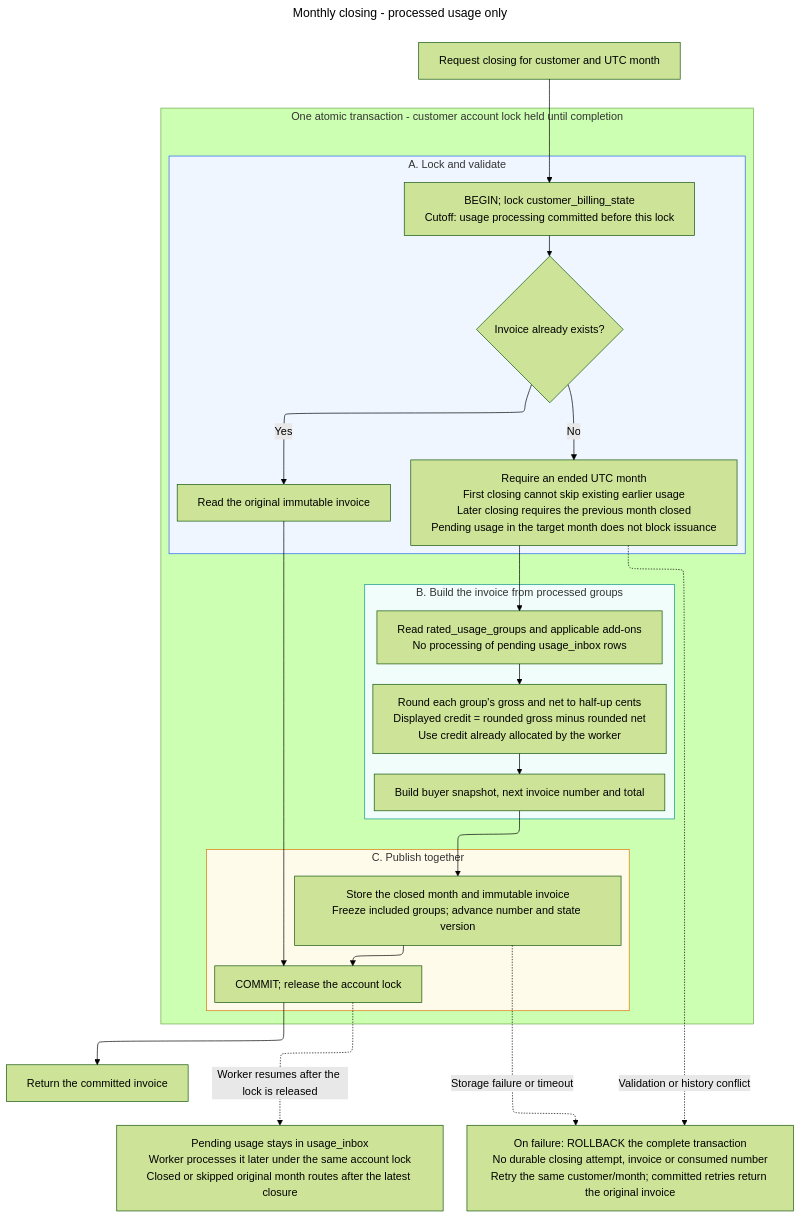
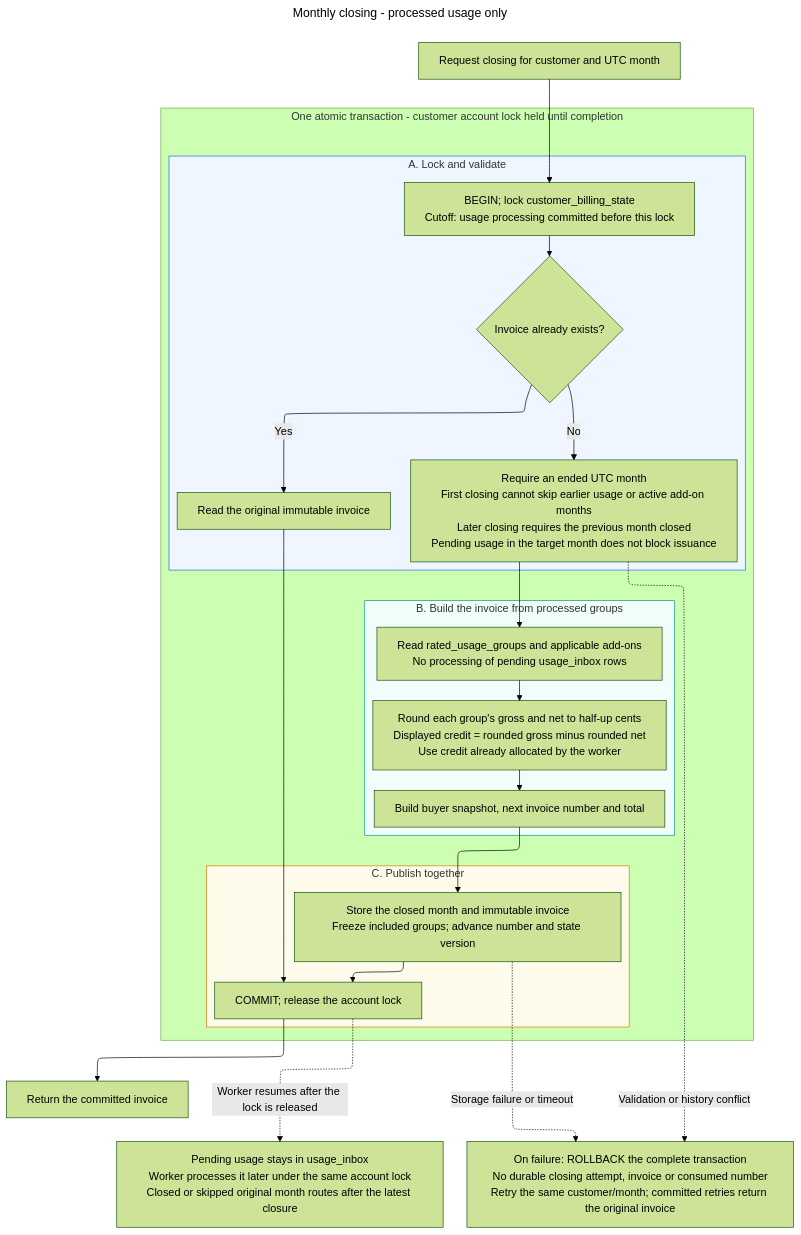
Before and after one commit to pupitooo/e2b-billing-api: the diagram in docs/diagrams/closing-workflow/closing-workflow.mmd, drawn with Mermaid (forest theme). The commit also changed 19 other files, not shown here.

First line of the commit message:
Preserve every active add-on month during invoice closing (#86)

```diff
--- a/docs/diagrams/closing-workflow/closing-workflow.mmd
+++ b/docs/diagrams/closing-workflow/closing-workflow.mmd
@@ -1,44 +1,44 @@
 ---
 title: Monthly closing - processed usage only
 config:
   layout: elk
   flowchart:
     wrappingWidth: 420
     nodeSpacing: 35
     rankSpacing: 24
     useMaxWidth: false
 ---
 %% Current contract: one transaction; no usage processing or inbox draining.
 flowchart TD
     request["Request closing for customer and UTC month"]
     subgraph transaction["One atomic transaction - customer account lock held until completion"]
         subgraph cutoff["A. Lock and validate"]
             lock["BEGIN; lock customer_billing_state<br/>Cutoff: usage processing committed before this lock"]
             exists{"Invoice already exists?"}
             stored["Read the original immutable invoice"]
-            validate["Require an ended UTC month<br/>First closing cannot skip existing earlier usage<br/>Later closing requires the previous month closed<br/>Pending usage in the target month does not block issuance"]
+            validate["Require an ended UTC month<br/>First closing cannot skip earlier usage or active add-on months<br/>Later closing requires the previous month closed<br/>Pending usage in the target month does not block issuance"]
         end
         subgraph build["B. Build the invoice from processed groups"]
             groups["Read rated_usage_groups and applicable add-ons<br/>No processing of pending usage_inbox rows"]
             lines["Round each group's gross and net to half-up cents<br/>Displayed credit = rounded gross minus rounded net<br/>Use credit already allocated by the worker"]
             snapshot["Build buyer snapshot, next invoice number and total"]
         end
         subgraph publication["C. Publish together"]
             freeze["Store the closed month and immutable invoice<br/>Freeze included groups; advance number and state version"]
             commit["COMMIT; release the account lock"]
         end
         lock --> exists
         exists -->|"Yes"| stored --> commit
         exists -->|"No"| validate --> groups --> lines --> snapshot --> freeze --> commit
     end
     result["Return the committed invoice"]
     pending["Pending usage stays in usage_inbox<br/>Worker processes it later under the same account lock<br/>Closed or skipped original month routes after the latest closure"]
     failure["On failure: ROLLBACK the complete transaction<br/>No durable closing attempt, invoice or consumed number<br/>Retry the same customer/month; committed retries return the original invoice"]
     request --> lock
     commit --> result
     commit -.->|"Worker resumes after the lock is released"| pending
     validate -.->|"Validation or history conflict"| failure
     freeze -.->|"Storage failure or timeout"| failure
     style cutoff fill:#eff6ff,stroke:#2563eb
     style build fill:#f0fdfa,stroke:#0d9488
     style publication fill:#fffbeb,stroke:#d97706
```
